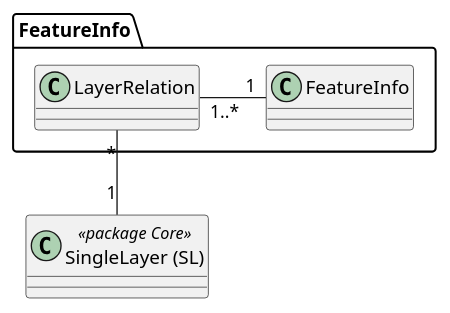
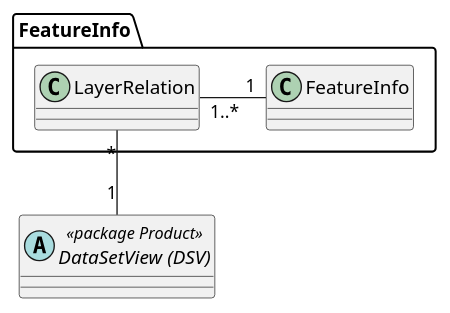
One commit to sogis/simi changed the diagram in simi/doc/puml/src/simi_featureinfo.puml. Above: the diagram before and after it, drawn with PlantUML. The commit also changed 8 other files, not shown here.

Commit message:
sl2dsv: puml diagrams

```diff
--- a/simi/doc/puml/src/simi_featureinfo.puml
+++ b/simi/doc/puml/src/simi_featureinfo.puml
@@ -1,11 +1,11 @@
 @startuml
-class "SingleLayer (SL)" as sl << package Core >>
+abstract class "DataSetView (DSV)" as dsv << package Product >>
 
 package FeatureInfo {
   class "FeatureInfo" as fi
   class "LayerRelation" as lr
 }
 
 fi "1" -left- "1..*" lr : "    "
-lr "*" -- "1" sl
+lr "*" -- "1" dsv
 @enduml
```
